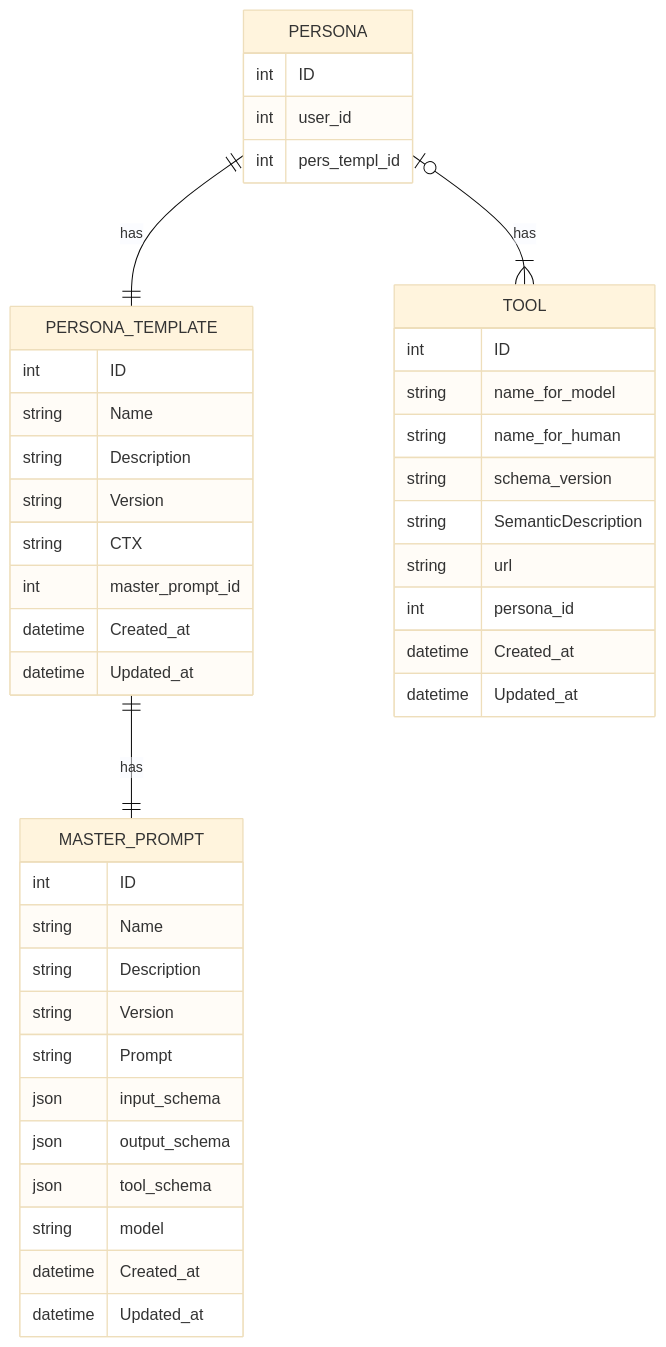
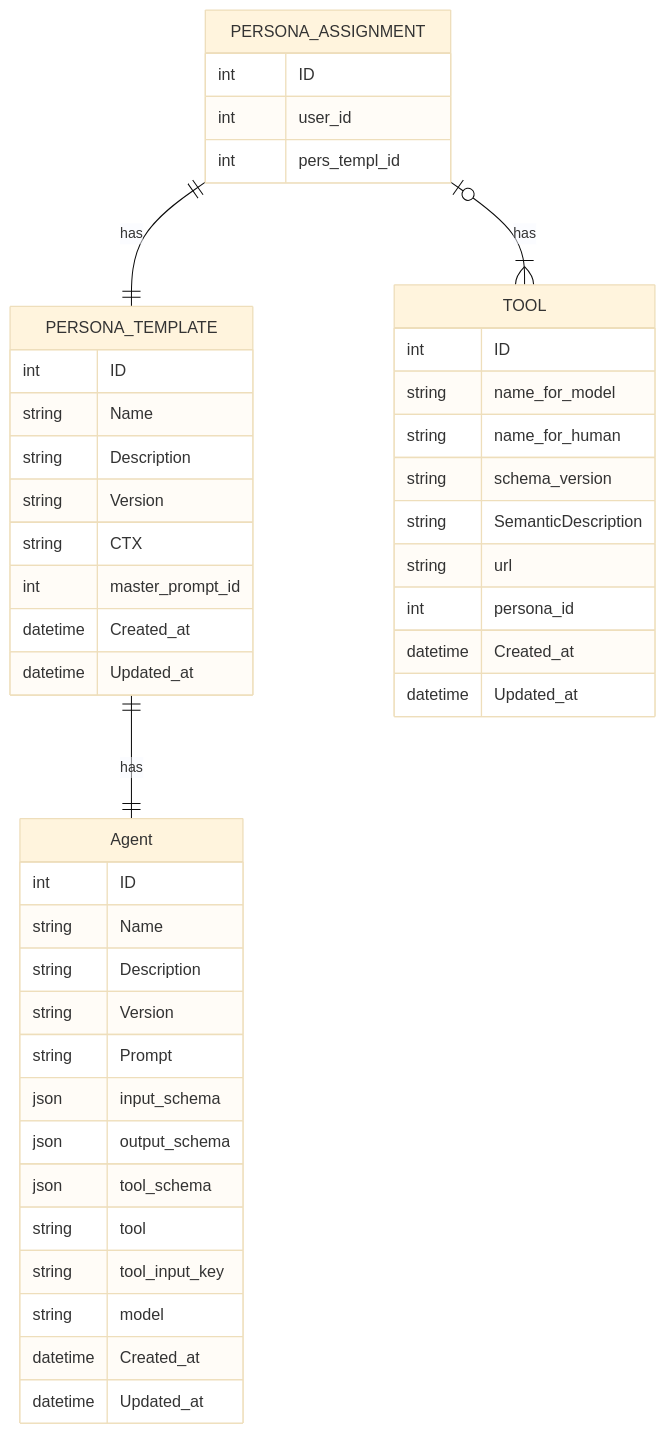
One commit to cequens-shabana/LLMAgentJS changed the first of 2 diagrams in diagram.md. Above: the diagram before and after it, drawn with Mermaid (base theme). The commit also changed other lines of this file and 5 other files, not shown here.

````diff
--- a/diagram.md
+++ b/diagram.md
@@ -1,45 +1,47 @@
 ```mermaid
 erDiagram
-    PERSONA ||--|| PERSONA_TEMPLATE : has
-    PERSONA_TEMPLATE ||--|| MASTER_PROMPT : has
-    PERSONA |o--|{ TOOL : has
-    MASTER_PROMPT {
+    PERSONA_ASSIGNMENT ||--|| PERSONA_TEMPLATE : has
+    PERSONA_TEMPLATE ||--|| Agent : has
+    PERSONA_ASSIGNMENT |o--|{ TOOL : has
+    Agent {
         int ID
         string Name
         string Description
         string Version
         string Prompt
         json input_schema
         json output_schema
         json tool_schema
+        string tool
+        string tool_input_key
         string model
         datetime Created_at
         datetime Updated_at
     }
     PERSONA_TEMPLATE {
         int ID
         string Name
         string Description
         string Version
         string CTX
         int master_prompt_id
         datetime Created_at
         datetime Updated_at
     }
-    PERSONA {
+    PERSONA_ASSIGNMENT {
         int ID
         int user_id
         int pers_templ_id
     }
     TOOL {
         int ID
         string name_for_model
         string name_for_human
         string schema_version
         string SemanticDescription
         string url 
         int persona_id 
         datetime Created_at 
         datetime Updated_at 
     }
 ```
````
